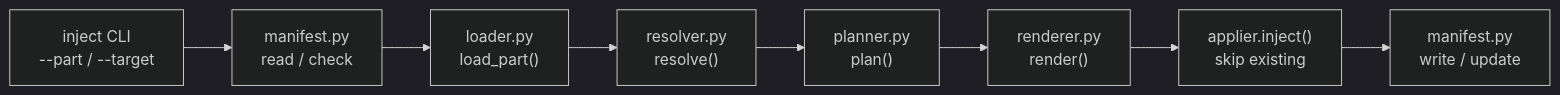
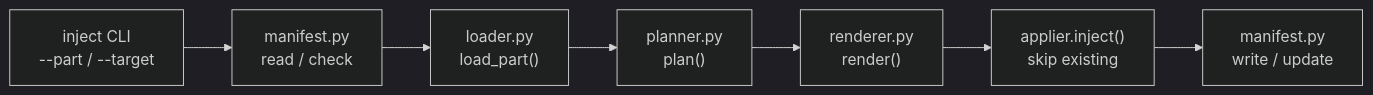
Before and after one commit to hisuilab/_template: the diagram in docs/design/issue-59-inject-subcommand.md, drawn with Mermaid. The commit also changed other lines of this file and 2 other files, not shown here.

````diff
--- a/docs/design/issue-59-inject-subcommand.md
+++ b/docs/design/issue-59-inject-subcommand.md
@@ -56,14 +56,13 @@
 ```mermaid
 %%{init: {"theme": "dark"}}%%
 flowchart LR
     CLI["inject CLI<br/>--part / --target"]
     Manifest["manifest.py<br/>read / check"]
     Loader["loader.py<br/>load_part()"]
-    Resolver["resolver.py<br/>resolve()"]
     Planner["planner.py<br/>plan()"]
     Renderer["renderer.py<br/>render()"]
     Applier["applier.inject()<br/>skip existing"]
     ManifestW["manifest.py<br/>write / update"]
 
-    CLI --> Manifest --> Loader --> Resolver --> Planner --> Renderer --> Applier --> ManifestW
+    CLI --> Manifest --> Loader --> Planner --> Renderer --> Applier --> ManifestW
 ```
````
